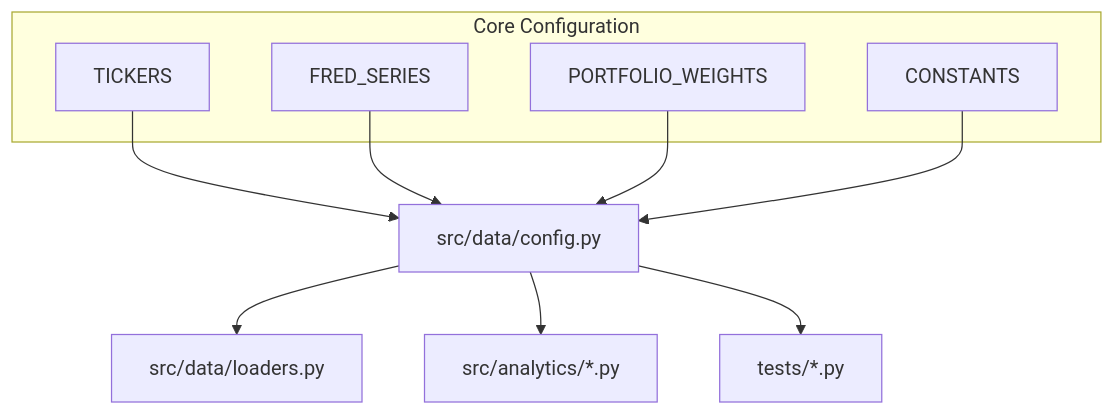
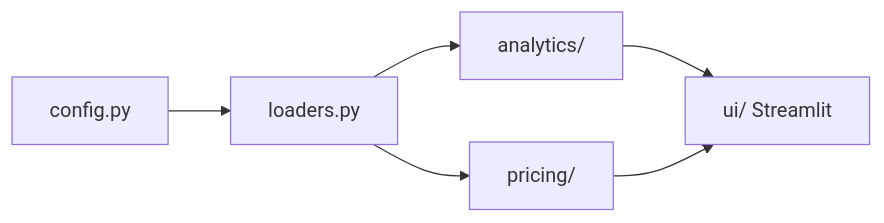
One commit to sh-arka22/QUANTEDGE-ML-Enhanced-Derivatives-Hedging-Platform changed the diagram in README.md. Above: the diagram before and after it, drawn with Mermaid. The commit also changed other lines of this file and 16 other files, not shown here.

````diff
--- a/README.md
+++ b/README.md
@@ -60,18 +54,8 @@
 ```mermaid
-graph TD
-    Config["src/data/config.py"] --> Loaders["src/data/loaders.py"]
-    Config --> Analytics["src/analytics/*.py"]
-    Config --> Tests["tests/*.py"]
-    
-    subgraph Core_Config ["Core Configuration"]
-        Diff[TICKERS]
-        Fred[FRED_SERIES]
-        Weights[PORTFOLIO_WEIGHTS]
-        Const[CONSTANTS]
-    end
-    
-    Diff --> Config
-    Fred --> Config
-    Weights --> Config
-    Const --> Config
+graph LR
+    Config[config.py] --> Data[loaders.py]
+    Data --> Analytics[analytics/]
+    Data --> Pricing[pricing/]
+    Analytics --> UI[ui/ Streamlit]
+    Pricing --> UI
 ```
````
